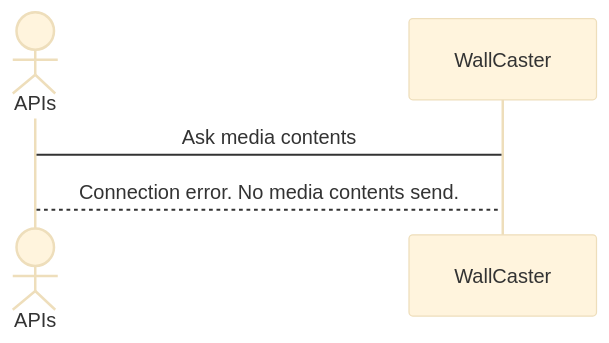
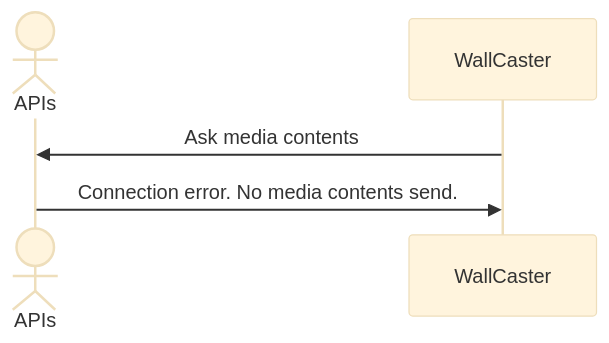
One commit to WallCaster/WallCaster changed the ninth of 16 diagrams in doc/analisis-report.md. Above: the diagram before and after it, drawn with Mermaid (base theme). The commit also changed other lines of this file, not shown here.

Commit message:
update diagrames séquence

````diff
--- a/doc/analisis-report.md
+++ b/doc/analisis-report.md
@@ -171,8 +171,8 @@
 ```mermaid
 sequenceDiagram
   actor APIs
   participant Sys as WallCaster
 
-Sys -> APIs : Ask media contents
-APIs --> Sys : Connection error. No media contents send.
+Sys ->> APIs : Ask media contents
+APIs ->> Sys : Connection error. No media contents send.
 ```
````
